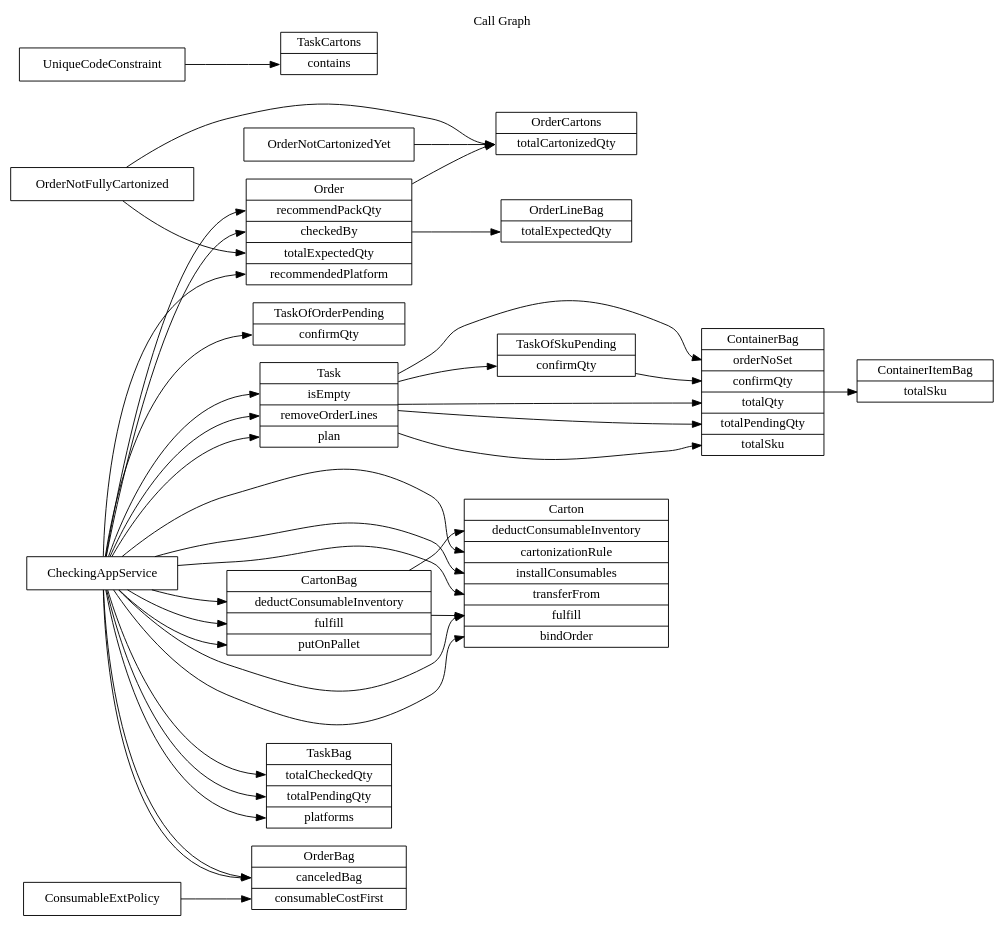
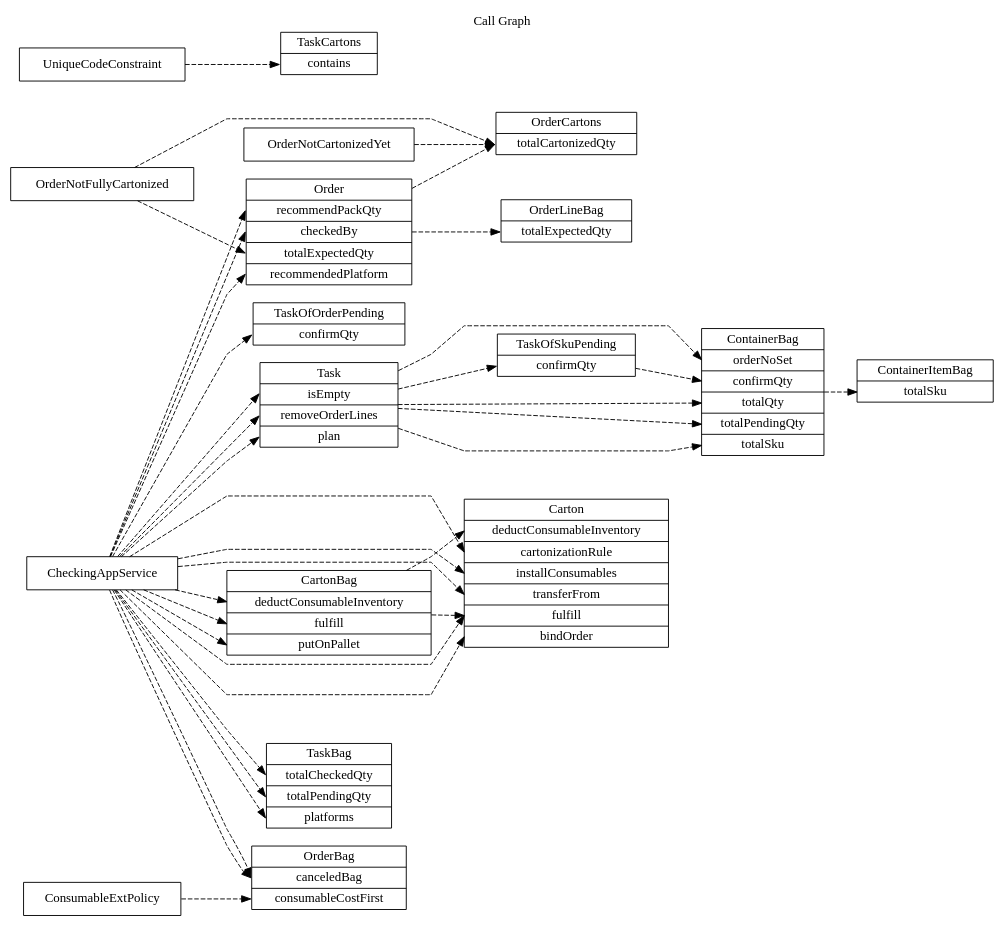
The diagram in doc/callgraph.dot (funkygao/cp-ddd-framework), drawn with Graphviz before and after one commit. The commit also changed 3 other files, not shown here.

Commit message:
call graph use polyline edge style

```diff
--- a/doc/callgraph.dot
+++ b/doc/callgraph.dot
@@ -1,57 +1,59 @@
 digraph G {
    label="Call Graph";
    labelloc = "t";
    rankdir=LR;
+   splines = polyline;
    node [shape=record];
+   edge [style = dashed, fontsize=10];
 
    Order [label="<Order> Order|<recommendPackQty> recommendPackQty|<checkedBy> checkedBy|<totalExpectedQty> totalExpectedQty|<recommendedPlatform> recommendedPlatform"];
    TaskOfOrderPending [label="<TaskOfOrderPending> TaskOfOrderPending|<confirmQty> confirmQty"];
    Task [label="<Task> Task|<isEmpty> isEmpty|<removeOrderLines> removeOrderLines|<plan> plan"];
    OrderCartons [label="<OrderCartons> OrderCartons|<totalCartonizedQty> totalCartonizedQty"];
    OrderLineBag [label="<OrderLineBag> OrderLineBag|<totalExpectedQty> totalExpectedQty"];
    TaskOfSkuPending [label="<TaskOfSkuPending> TaskOfSkuPending|<confirmQty> confirmQty"];
    CartonBag [label="<CartonBag> CartonBag|<deductConsumableInventory> deductConsumableInventory|<fulfill> fulfill|<putOnPallet> putOnPallet"];
    OrderBag [label="<OrderBag> OrderBag|<canceledBag> canceledBag|<consumableCostFirst> consumableCostFirst"];
    TaskCartons [label="<TaskCartons> TaskCartons|<contains> contains"];
    ContainerItemBag [label="<ContainerItemBag> ContainerItemBag|<totalSku> totalSku"];
    TaskBag [label="<TaskBag> TaskBag|<totalCheckedQty> totalCheckedQty|<totalPendingQty> totalPendingQty|<platforms> platforms"];
    ContainerBag [label="<ContainerBag> ContainerBag|<orderNoSet> orderNoSet|<confirmQty> confirmQty|<totalQty> totalQty|<totalPendingQty> totalPendingQty|<totalSku> totalSku"];
    Carton [label="<Carton> Carton|<deductConsumableInventory> deductConsumableInventory|<cartonizationRule> cartonizationRule|<installConsumables> installConsumables|<transferFrom> transferFrom|<fulfill> fulfill|<bindOrder> bindOrder"];
 
    CheckingAppService -> OrderBag:canceledBag
    CheckingAppService -> Task:removeOrderLines
    CheckingAppService -> Task:isEmpty
    CheckingAppService -> Task:plan
    CheckingAppService -> TaskBag:totalCheckedQty
    CheckingAppService -> TaskBag:totalPendingQty
    CheckingAppService -> Order:recommendedPlatform
    CheckingAppService -> TaskBag:platforms
    CheckingAppService -> OrderBag:canceledBag
    CheckingAppService -> Order:recommendPackQty
    CheckingAppService -> Carton:cartonizationRule
    CheckingAppService -> Carton:bindOrder
    CheckingAppService -> Carton:transferFrom
    CheckingAppService -> TaskOfOrderPending:confirmQty
    CheckingAppService -> CartonBag:fulfill
    CheckingAppService -> CartonBag:putOnPallet
    CheckingAppService -> Order:checkedBy
    CheckingAppService -> CartonBag:deductConsumableInventory
    CheckingAppService -> Carton:installConsumables
    CheckingAppService -> Carton:fulfill
    CartonBag -> Carton:fulfill
    CartonBag -> Carton:deductConsumableInventory
    ConsumableExtPolicy -> OrderBag:consumableCostFirst
    Order -> OrderCartons:totalCartonizedQty
    Order -> OrderLineBag:totalExpectedQty
    OrderNotCartonizedYet -> OrderCartons:totalCartonizedQty
    OrderNotFullyCartonized -> Order:totalExpectedQty
    OrderNotFullyCartonized -> OrderCartons:totalCartonizedQty
    ContainerBag -> ContainerItemBag:totalSku
    UniqueCodeConstraint -> TaskCartons:contains
    Task -> TaskOfSkuPending:confirmQty
    Task -> ContainerBag:totalSku
    Task -> ContainerBag:totalQty
    Task -> ContainerBag:totalPendingQty
    Task -> ContainerBag:orderNoSet
    TaskOfSkuPending -> ContainerBag:confirmQty
 }
```
